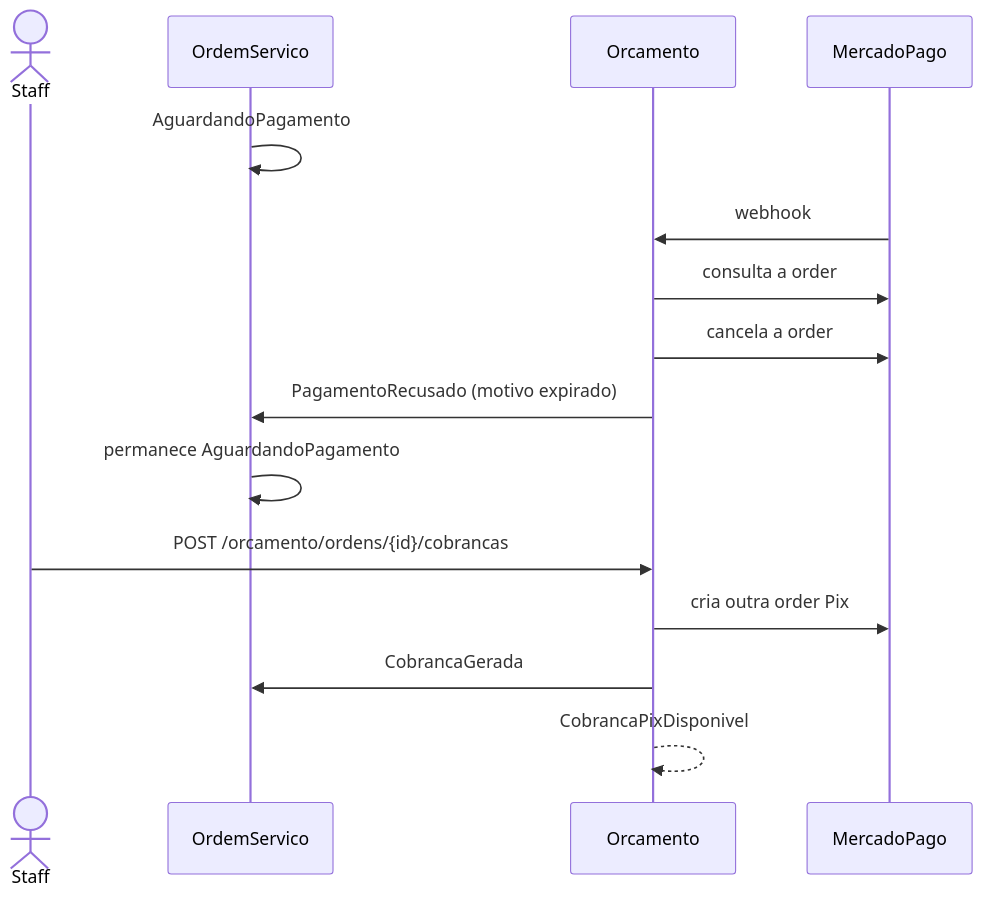
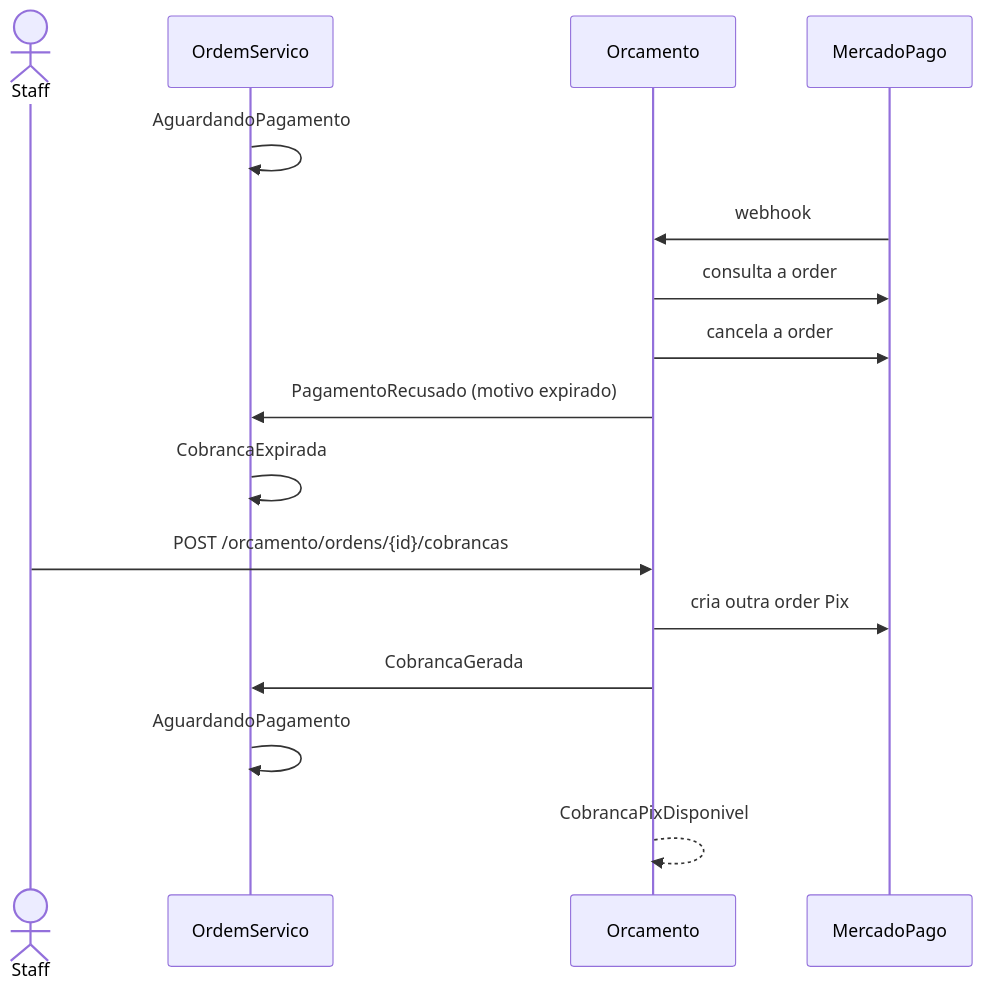
Before and after one commit to fiap-vcosta/e2e: the fifth of 7 diagrams in docs/saga.md, drawn with Mermaid. The commit also changed other lines of this file and 3 other files, not shown here.

First line of the commit message:
Document CobrancaExpirada on expired Pix compensation. (#21)

````diff
--- a/docs/saga.md
+++ b/docs/saga.md
@@ -152,18 +155,19 @@
 ```mermaid
 sequenceDiagram
     actor Staff
     participant OS as OrdemServico
     participant Orc as Orcamento
     participant MP as MercadoPago
 
     OS->>OS: AguardandoPagamento
     MP->>Orc: webhook
     Orc->>MP: consulta a order
     Orc->>MP: cancela a order
     Orc->>OS: PagamentoRecusado (motivo expirado)
-    OS->>OS: permanece AguardandoPagamento
+    OS->>OS: CobrancaExpirada
     Staff->>Orc: POST /orcamento/ordens/{id}/cobrancas
     Orc->>MP: cria outra order Pix
     Orc->>OS: CobrancaGerada
+    OS->>OS: AguardandoPagamento
     Orc-->>Orc: CobrancaPixDisponivel
 ```
````
